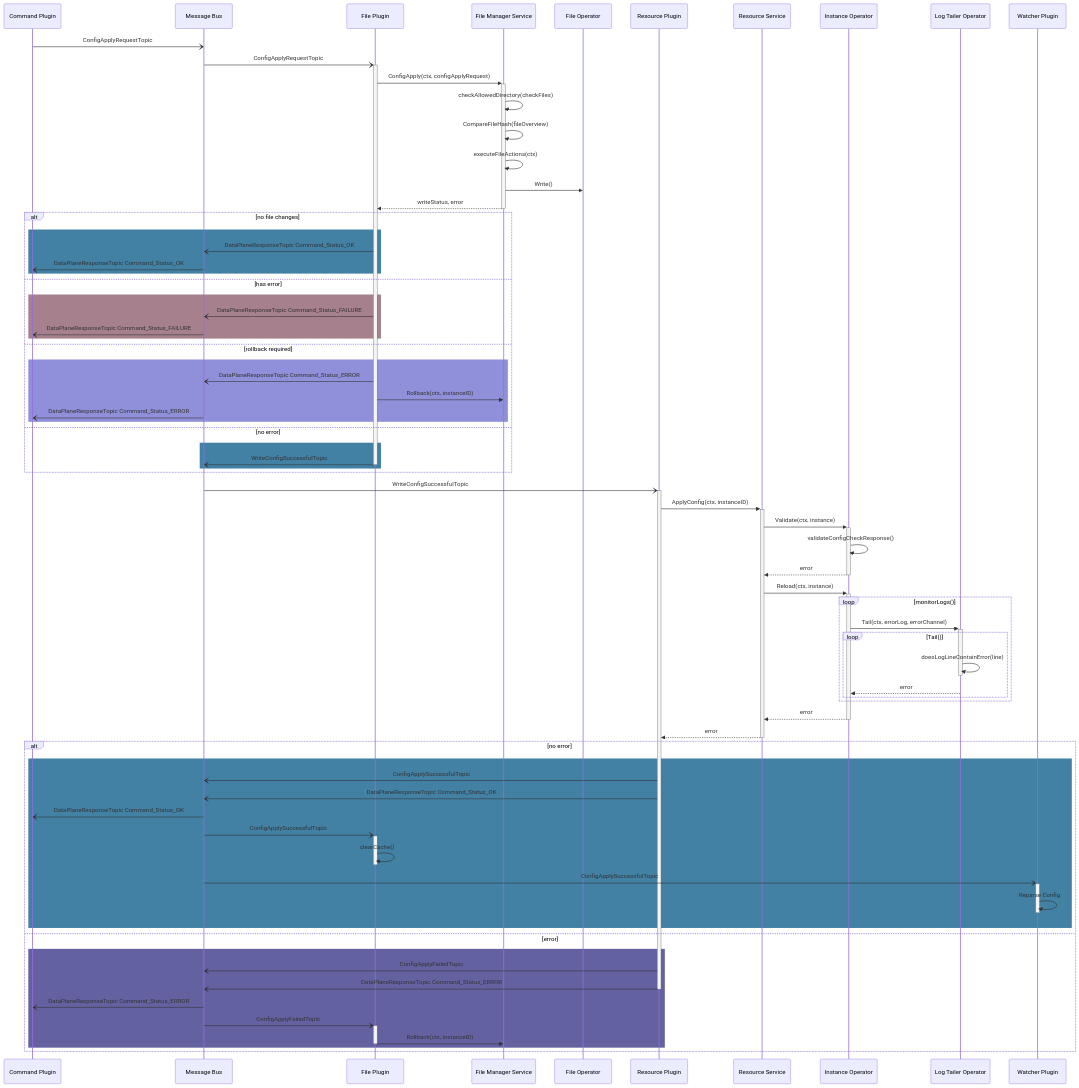
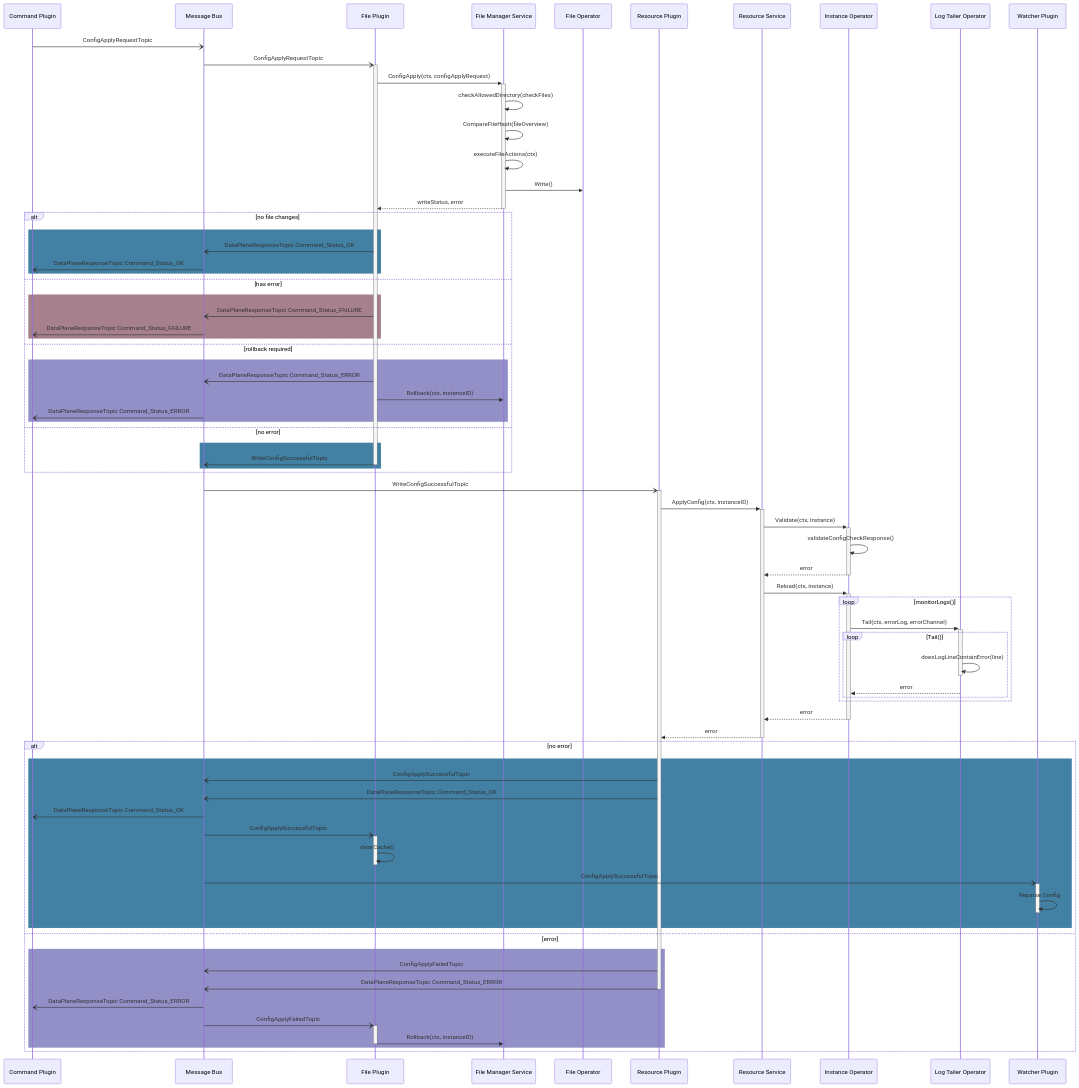
Before and after one commit to nginx/agent: the second of 2 diagrams in docs/architecture/config_apply.md, drawn with Mermaid.

````diff
--- a/docs/architecture/config_apply.md
+++ b/docs/architecture/config_apply.md
@@ -41,68 +41,68 @@
 ```mermaid
 sequenceDiagram
     Command Plugin-)Message Bus: ConfigApplyRequestTopic
     Message Bus-)+File Plugin: ConfigApplyRequestTopic
     File Plugin->>+File Manager Service: ConfigApply(ctx, configApplyRequest)
     File Manager Service->>File Manager Service: checkAllowedDirectory(checkFiles)
     File Manager Service->>File Manager Service: CompareFileHash(fileOverview)
     File Manager Service->>File Manager Service: executeFileActions(ctx)
     File Manager Service->>File Operator: Write()
     File Manager Service-->>-File Plugin: writeStatus, error
 
     alt no file changes
         rect rgb(66, 129, 164)
             File Plugin-)Message Bus: DataPlaneResponseTopic Command_Status_OK
             Message Bus-) Command Plugin: DataPlaneResponseTopic Command_Status_OK
         end
     else has error
         rect rgb(166, 128, 140)
             File Plugin-)Message Bus: DataPlaneResponseTopic Command_Status_FAILURE
             Message Bus-) Command Plugin: DataPlaneResponseTopic Command_Status_FAILURE
         end
     else rollback required
-        rect rgb(144, 143, 217)
+        rect rgb(146, 144, 199)
             File Plugin-)Message Bus: DataPlaneResponseTopic Command_Status_ERROR
             File Plugin->>File Manager Service: Rollback(ctx, instanceID)
             Message Bus-) Command Plugin: DataPlaneResponseTopic Command_Status_ERROR
         end
     else no error
         rect rgb(66, 129, 164)
             File Plugin-)-Message Bus: WriteConfigSuccessfulTopic
         end
     end
     Message Bus-)+Resource Plugin: WriteConfigSuccessfulTopic
     Resource Plugin ->>+Resource Service: ApplyConfig(ctx, instanceID)
     Resource Service->>+Instance Operator: Validate(ctx, instance)
     Instance Operator->>Instance Operator: validateConfigCheckResponse()
     Instance Operator-->>-Resource Service: error
     Resource Service->>+Instance Operator: Reload(ctx, instance)
     loop monitorLogs()
         Instance Operator->>+Log Tailer Operator: Tail(ctx, errorLog, errorChannel)
         loop Tail()
             Log Tailer Operator->>-Log Tailer Operator: doesLogLineContainError(line)
             Log Tailer Operator-->>Instance Operator: error
         end
     end
     Instance Operator-->>-Resource Service: error
     Resource Service-->>-Resource Plugin: error
     alt no error
         rect rgb(66, 129, 164)
             Resource Plugin-)Message Bus: ConfigApplySuccessfulTopic
             Resource Plugin-)Message Bus: DataPlaneResponseTopic Command_Status_OK
             Message Bus-) Command Plugin: DataPlaneResponseTopic Command_Status_OK
             Message Bus -)+File Plugin: ConfigApplySuccessfulTopic
             File Plugin ->>-File Plugin: clearCache()
             Message Bus -)+Watcher Plugin: ConfigApplySuccessfulTopic
             Watcher Plugin ->>-Watcher Plugin: Reparse Config
         end
     else error
-        rect rgb(100, 97, 160)
+        rect rgb(146, 144, 199)
             Resource Plugin-)Message Bus: ConfigApplyFailedTopic
             Resource Plugin-)-Message Bus: DataPlaneResponseTopic Command_Status_ERROR
             Message Bus-) Command Plugin: DataPlaneResponseTopic Command_Status_ERROR
             Message Bus-)+File Plugin: ConfigApplyFailedTopic
             File Plugin->>-File Manager Service: Rollback(ctx, instanceID)
         end
     end
 
 ```
````
